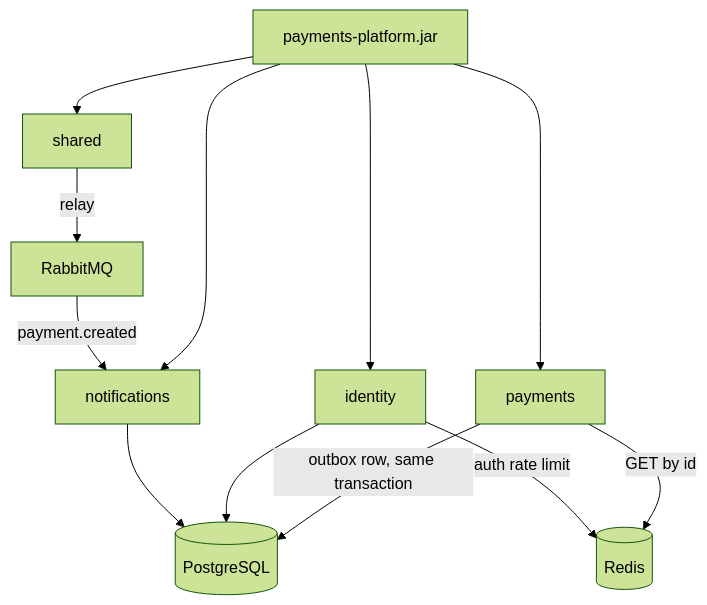
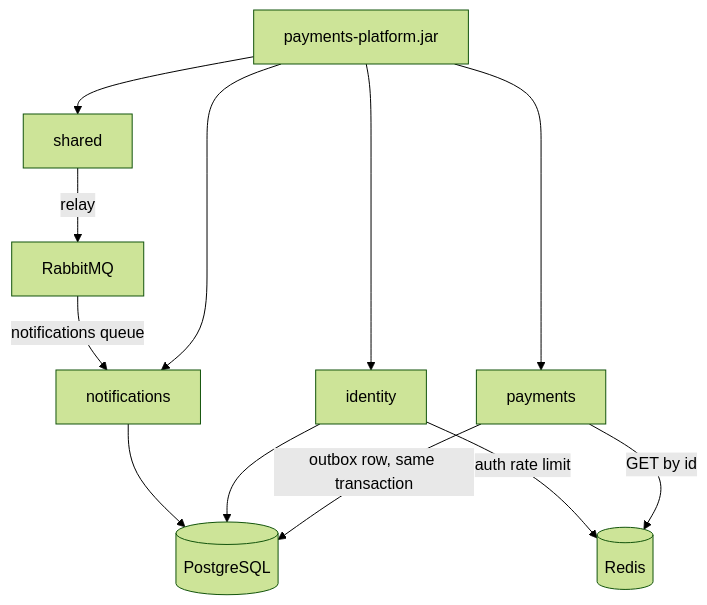
One commit to Andersonlimahw/java-clean-arch-sample changed the third of 5 diagrams in docs/architecture.md. Above: the diagram before and after it, drawn with Mermaid (forest theme). The commit also changed other lines of this file and 8 other files, not shown here.

First line of the commit message:
docs: reconcile architecture with confirms, DLQ, and traces

````diff
--- a/docs/architecture.md
+++ b/docs/architecture.md
@@ -30,15 +30,15 @@
 ```mermaid
 flowchart TB
     API["payments-platform.jar"]
     API --> ID["identity"]
     API --> PAY["payments"]
     API --> NTF["notifications"]
     API --> SH["shared"]
     PAY -->|"outbox row, same transaction"| PG[("PostgreSQL")]
     ID --> PG
     NTF --> PG
     SH -->|relay| MQ["RabbitMQ"]
-    MQ -->|payment.created| NTF
+    MQ -->|"notifications queue"| NTF
     PAY -->|GET by id| Redis[("Redis")]
     ID -->|auth rate limit| Redis
 ```
````
